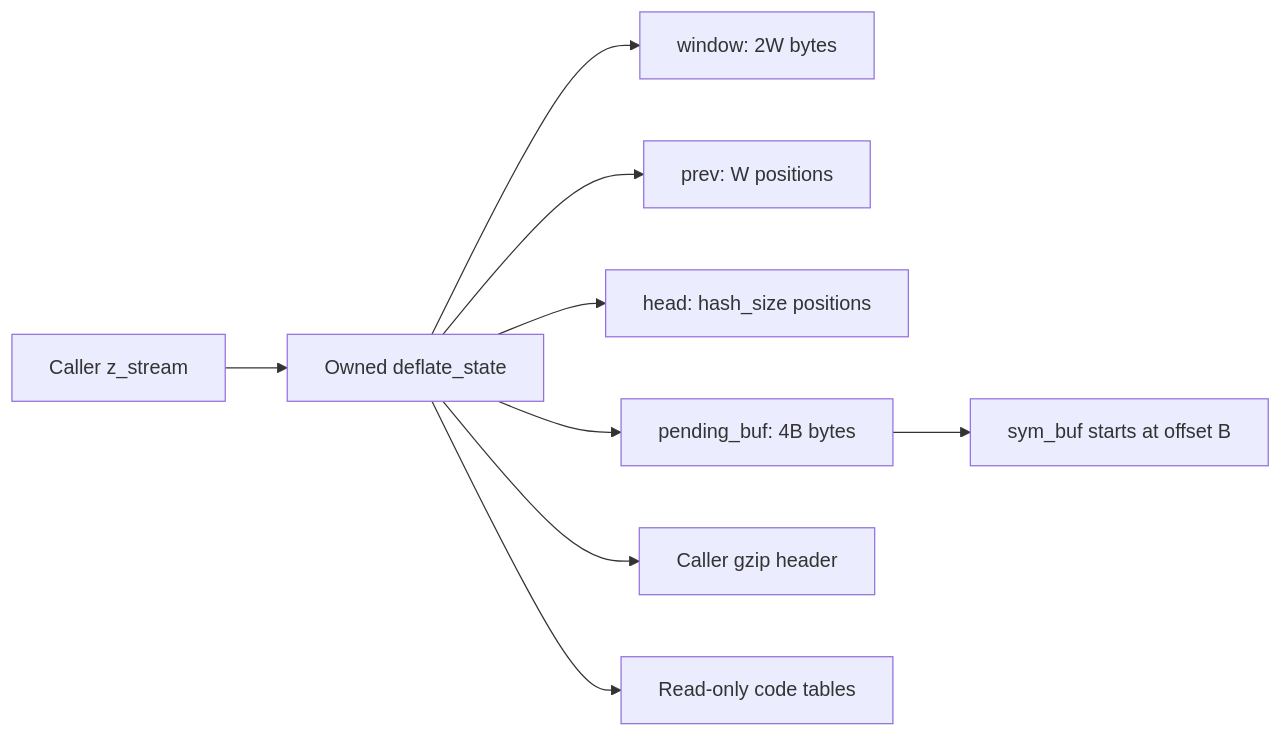
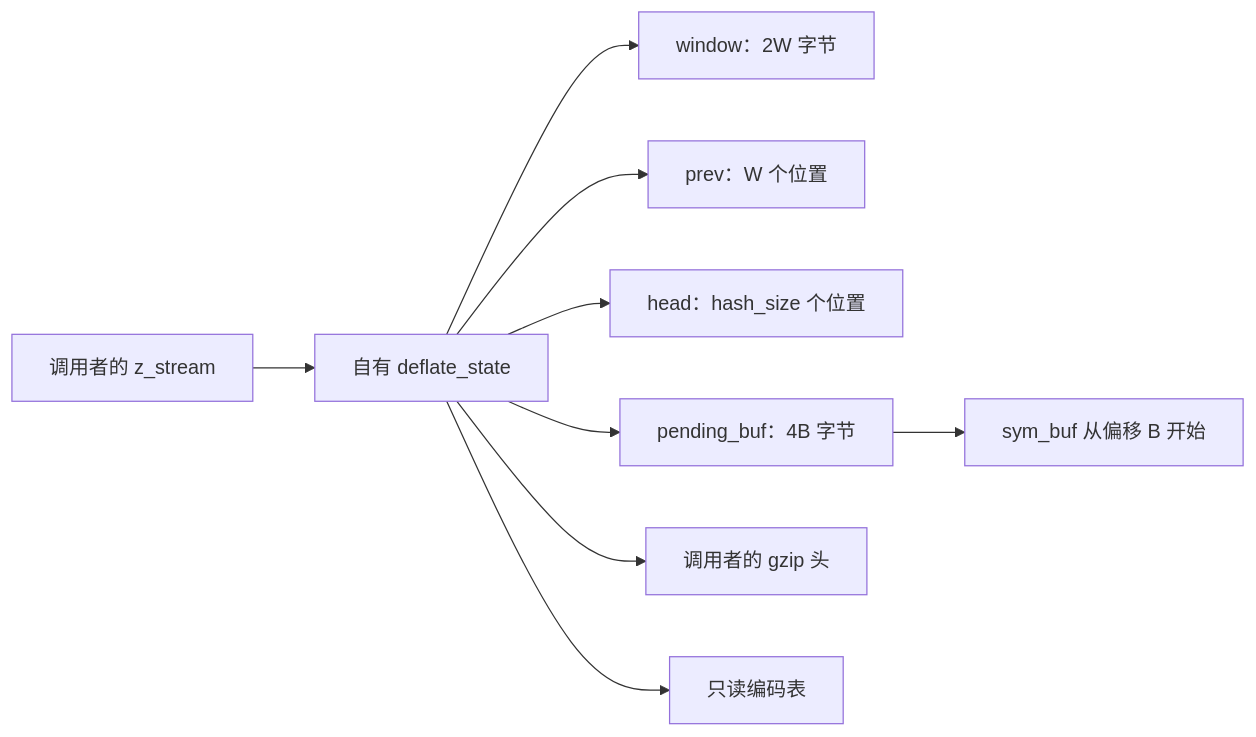
Before and after one commit to cla7aye15I4nd/zlib-f: the first of 2 diagrams in site/translations/proof/deflate.zh.md, drawn with Mermaid. The commit also changed other lines of this file and 61 other files, not shown here.

````diff
--- a/site/translations/proof/deflate.zh.md
+++ b/site/translations/proof/deflate.zh.md
@@ -20,11 +33,11 @@
 ```mermaid
 flowchart LR
-    Stream["Caller z_stream"] --> State["Owned deflate_state"]
-    State --> Window["window: 2W bytes"]
-    State --> Prev["prev: W positions"]
-    State --> Head["head: hash_size positions"]
-    State --> Pending["pending_buf: 4B bytes"]
-    Pending --> Symbols["sym_buf starts at offset B"]
-    State --> Header["Caller gzip header"]
-    State --> Tables["Read-only code tables"]
+    Stream["调用者的 z_stream"] --> State["自有 deflate_state"]
+    State --> Window["window：2W 字节"]
+    State --> Prev["prev：W 个位置"]
+    State --> Head["head：hash_size 个位置"]
+    State --> Pending["pending_buf：4B 字节"]
+    Pending --> Symbols["sym_buf 从偏移 B 开始"]
+    State --> Header["调用者的 gzip 头"]
+    State --> Tables["只读编码表"]
 ```
````
